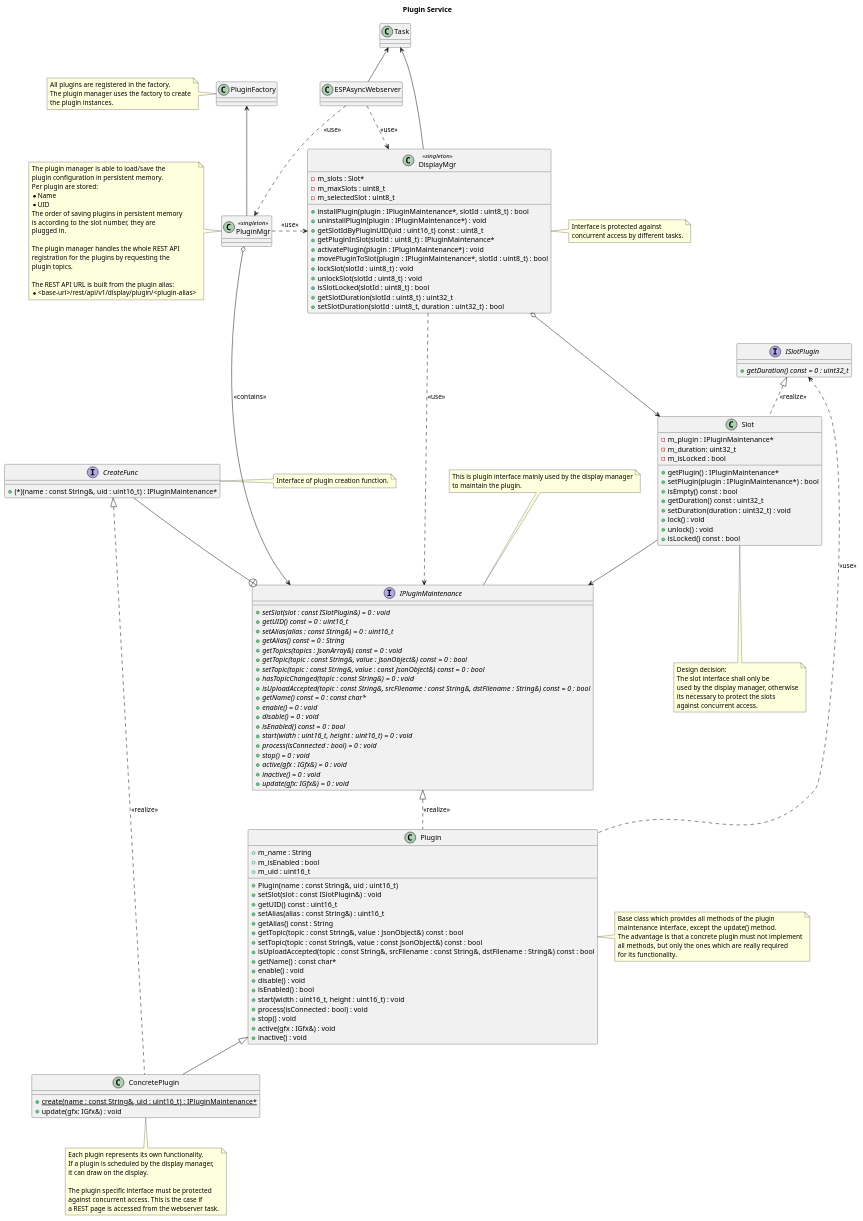
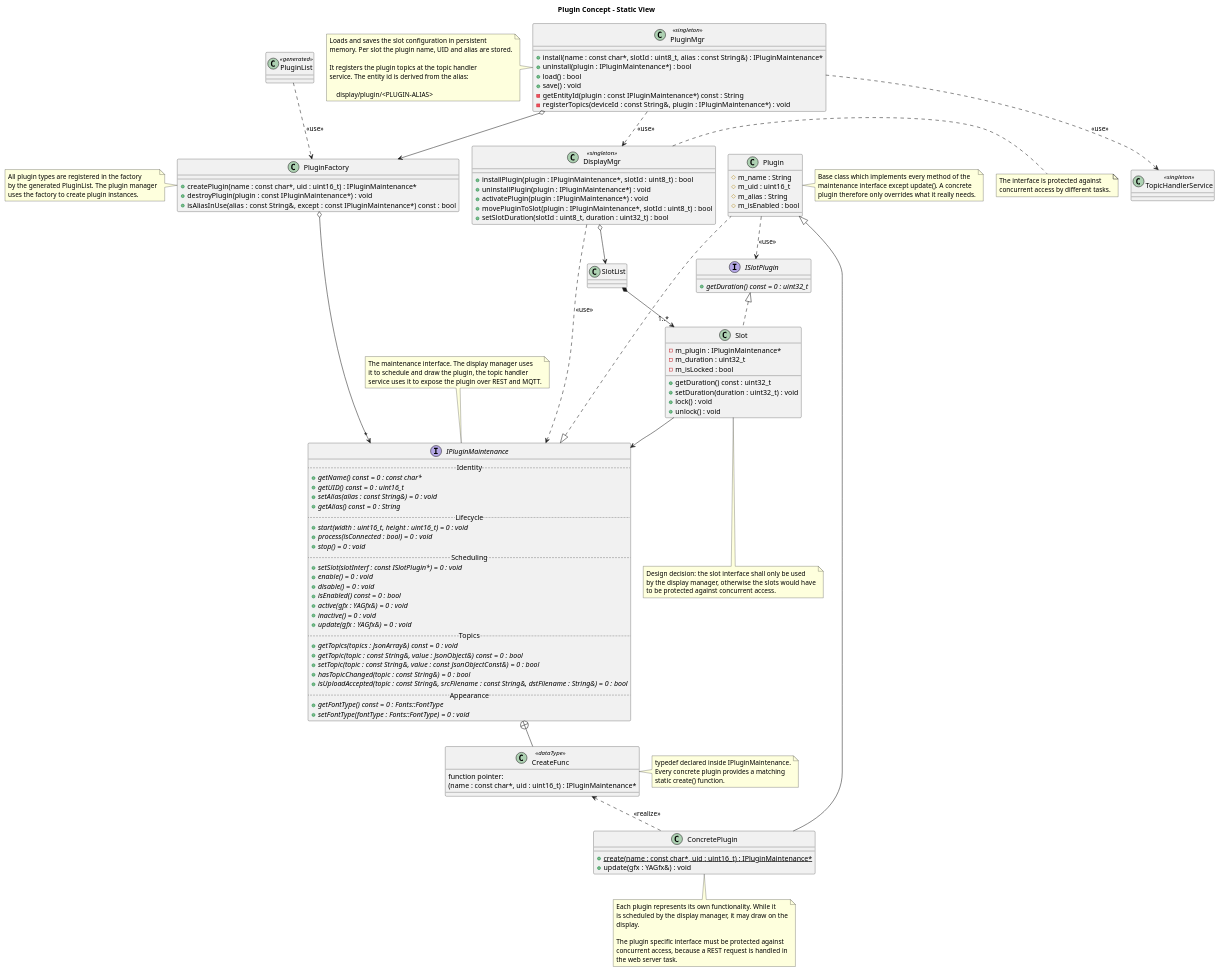
The diagram in doc/architecture/uml/plugin-service.wsd (BlueAndi/Pixelix), drawn with PlantUML before and after one commit. The commit also changed 66 other files, not shown here.

Commit message:
SW architecture updated

```diff
--- a/doc/architecture/uml/plugin-service.wsd
+++ b/doc/architecture/uml/plugin-service.wsd
@@ -1,197 +1,174 @@
 @startuml plugin-service
 
-title Plugin Service
+title Plugin Concept - Static View
+
+skinparam nodesep 25
+skinparam ranksep 50
 
 interface IPluginMaintenance {
-
-    + {abstract} setSlot(slot : const ISlotPlugin&) = 0 : void
+    .. Identity ..
+    + {abstract} getName() const = 0 : const char*
     + {abstract} getUID() const = 0 : uint16_t
-    + {abstract} setAlias(alias : const String&) = 0 : uint16_t
+    + {abstract} setAlias(alias : const String&) = 0 : void
     + {abstract} getAlias() const = 0 : String
-    + {abstract} getTopics(topics : JsonArray&) const = 0 : void
-    + {abstract} getTopic(topic : const String&, value : JsonObject&) const = 0 : bool
-    + {abstract} setTopic(topic : const String&, value : const JsonObject&) const = 0 : bool
-    + {abstract} hasTopicChanged(topic : const String&) = 0 : void
-    + {abstract} isUploadAccepted(topic : const String&, srcFilename : const String&, dstFilename : String&) const = 0 : bool
-    + {abstract} getName() const = 0 : const char*
+    .. Lifecycle ..
+    + {abstract} start(width : uint16_t, height : uint16_t) = 0 : void
+    + {abstract} process(isConnected : bool) = 0 : void
+    + {abstract} stop() = 0 : void
+    .. Scheduling ..
+    + {abstract} setSlot(slotInterf : const ISlotPlugin*) = 0 : void
     + {abstract} enable() = 0 : void
     + {abstract} disable() = 0 : void
     + {abstract} isEnabled() const = 0 : bool
-    + {abstract} start(width : uint16_t, height : uint16_t) = 0 : void
-    + {abstract} process(isConnected : bool) = 0 : void
-    + {abstract} stop() = 0 : void
-    + {abstract} active(gfx : IGfx&) = 0 : void
+    + {abstract} active(gfx : YAGfx&) = 0 : void
     + {abstract} inactive() = 0 : void
-    + {abstract} update(gfx: IGfx&) = 0 : void
+    + {abstract} update(gfx : YAGfx&) = 0 : void
+    .. Topics ..
+    + {abstract} getTopics(topics : JsonArray&) const = 0 : void
+    + {abstract} getTopic(topic : const String&, value : JsonObject&) const = 0 : bool
+    + {abstract} setTopic(topic : const String&, value : const JsonObjectConst&) = 0 : bool
+    + {abstract} hasTopicChanged(topic : const String&) = 0 : bool
+    + {abstract} isUploadAccepted(topic : const String&, srcFilename : const String&, dstFilename : String&) = 0 : bool
+    .. Appearance ..
+    + {abstract} getFontType() const = 0 : Fonts::FontType
+    + {abstract} setFontType(fontType : Fonts::FontType) = 0 : void
 }
 
 note top of IPluginMaintenance
-    This is plugin interface mainly used by the display manager
-    to maintain the plugin.
+    The maintenance interface. The display manager uses
+    it to schedule and draw the plugin, the topic handler
+    service uses it to expose the plugin over REST and MQTT.
 end note
 
-interface CreateFunc {
-    + (*)(name : const String&, uid : uint16_t) : IPluginMaintenance*
+class "CreateFunc" as createFunc <<dataType>> {
+    {field} function pointer:
+    {field} (name : const char*, uid : uint16_t) : IPluginMaintenance*
 }
 
-note right of CreateFunc
-    Interface of plugin creation function.
+note right of createFunc
+    typedef declared inside IPluginMaintenance.
+    Every concrete plugin provides a matching
+    static create() function.
 end note
 
 class Plugin {
-
-    + m_name : String
-    + m_isEnabled : bool
-    + m_uid : uint16_t
-
-    + Plugin(name : const String&, uid : uint16_t)
-    + setSlot(slot : const ISlotPlugin&) : void
-    + getUID() const : uint16_t
-    + setAlias(alias : const String&) : uint16_t
-    + getAlias() const : String
-    + getTopic(topic : const String&, value : JsonObject&) const : bool
-    + setTopic(topic : const String&, value : const JsonObject&) const : bool
-    + isUploadAccepted(topic : const String&, srcFilename : const String&, dstFilename : String&) const : bool
-    + getName() : const char*
-    + enable() : void
-    + disable() : void
-    + isEnabled() : bool
-    + start(width : uint16_t, height : uint16_t) : void
-    + process(isConnected : bool) : void
-    + stop() : void
-    + active(gfx : IGfx&) : void
-    + inactive() : void
+    # m_name : String
+    # m_uid : uint16_t
+    # m_alias : String
+    # m_isEnabled : bool
 }
 
 note right of Plugin
-    Base class which provides all methods of the plugin
-    maintenance interface, except the update() method.
-    The advantage is that a concrete plugin must not implement
-    all methods, but only the ones which are really required
-    for its functionality.
+    Base class which implements every method of the
+    maintenance interface except update(). A concrete
+    plugin therefore only overrides what it really needs.
 end note
 
 class ConcretePlugin {
-    + {static} create(name : const String&, uid : uint16_t) : IPluginMaintenance*
-    + update(gfx: IGfx&) : void
+    + {static} create(name : const char*, uid : uint16_t) : IPluginMaintenance*
+    + update(gfx : YAGfx&) : void
 }
 
 note bottom of ConcretePlugin
-    Each plugin represents its own functionality.
-    If a plugin is scheduled by the display manager,
-    it can draw on the display.
+    Each plugin represents its own functionality. While it
+    is scheduled by the display manager, it may draw on the
+    display.
 
-    The plugin specific interface must be protected
-    against concurrent access. This is the case if
-    a REST page is accessed from the webserver task.
+    The plugin specific interface must be protected against
+    concurrent access, because a REST request is handled in
+    the web server task.
 end note
 
 interface ISlotPlugin {
-
     + {abstract} getDuration() const = 0 : uint32_t
 }
 
 class Slot {
     - m_plugin : IPluginMaintenance*
-    - m_duration: uint32_t
+    - m_duration : uint32_t
     - m_isLocked : bool
-    + getPlugin() : IPluginMaintenance*
-    + setPlugin(plugin : IPluginMaintenance*) : bool
-    + isEmpty() const : bool
     + getDuration() const : uint32_t
     + setDuration(duration : uint32_t) : void
     + lock() : void
     + unlock() : void
-    + isLocked() const : bool
 }
 
 note bottom of Slot
-    Design decision:
-    The slot interface shall only be
-    used by the display manager, otherwise
-    its necessary to protect the slots
-    against concurrent access.
+    Design decision: the slot interface shall only be used
+    by the display manager, otherwise the slots would have
+    to be protected against concurrent access.
 end note
 
+class SlotList
+
 class DisplayMgr <<singleton>> {
-    - m_slots : Slot*
-    - m_maxSlots : uint8_t
-    - m_selectedSlot : uint8_t
     + installPlugin(plugin : IPluginMaintenance*, slotId : uint8_t) : bool
     + uninstallPlugin(plugin : IPluginMaintenance*) : void
-    + getSlotIdByPluginUID(uid : uint16_t) const : uint8_t
-    + getPluginInSlot(slotId : uint8_t) : IPluginMaintenance*
     + activatePlugin(plugin : IPluginMaintenance*) : void
     + movePluginToSlot(plugin : IPluginMaintenance*, slotId : uint8_t) : bool
-    + lockSlot(slotId : uint8_t) : void
-    + unlockSlot(slotId : uint8_t) : void
-    + isSlotLocked(slotId : uint8_t) : bool
-    + getSlotDuration(slotId : uint8_t) : uint32_t
     + setSlotDuration(slotId : uint8_t, duration : uint32_t) : bool
 }
 
 note right of DisplayMgr
-    Interface is protected against
+    The interface is protected against
     concurrent access by different tasks.
 end note
 
-class Task
+class PluginMgr <<singleton>> {
+    + install(name : const char*, slotId : uint8_t, alias : const String&) : IPluginMaintenance*
+    + uninstall(plugin : IPluginMaintenance*) : bool
+    + load() : bool
+    + save() : void
+    - getEntityId(plugin : const IPluginMaintenance*) const : String
+    - registerTopics(deviceId : const String&, plugin : IPluginMaintenance*) : void
+}
 
-class PluginFactory
+note left of PluginMgr
+    Loads and saves the slot configuration in persistent
+    memory. Per slot the plugin name, UID and alias are stored.
+
+    It registers the plugin topics at the topic handler
+    service. The entity id is derived from the alias:
+
+        display/plugin/<PLUGIN-ALIAS>
+end note
+
+class PluginFactory {
+    + createPlugin(name : const char*, uid : uint16_t) : IPluginMaintenance*
+    + destroyPlugin(plugin : const IPluginMaintenance*) : void
+    + isAliasInUse(alias : const String&, except : const IPluginMaintenance*) const : bool
+}
 
 note left of PluginFactory
-    All plugins are registered in the factory.
-    The plugin manager uses the factory to create
-    the plugin instances.
+    All plugin types are registered in the factory
+    by the generated PluginList. The plugin manager
+    uses the factory to create plugin instances.
 end note
 
-class PluginMgr <<singleton>>
+class "PluginList" as pluginList <<generated>>
 
-note left of PluginMgr
-    The plugin manager is able to load/save the
-    plugin configuration in persistent memory.
-    Per plugin are stored:
-    * Name
-    * UID
-    The order of saving plugins in persistent memory
-    is according to the slot number, they are
-    plugged in.
+class TopicHandlerService <<singleton>>
 
-    The plugin manager handles the whole REST API
-    registration for the plugins by requesting the
-    plugin topics.
+' --- Relationships ---
 
-    The REST API URL is built from the plugin alias:
-    * <base-uri>/rest/api/v1/display/plugin/<plugin-alias>
-end note
+IPluginMaintenance +-- createFunc
 
-class ESPAsyncWebserver
+IPluginMaintenance <|.. Plugin
+Plugin <|-- ConcretePlugin
+createFunc <.. ConcretePlugin: <<realize>>
 
-PluginFactory <-- PluginMgr
+Plugin ..> ISlotPlugin: <<use>>
+ISlotPlugin <|.. Slot
 
-CreateFunc --+ IPluginMaintenance
+DisplayMgr o--> SlotList
+SlotList *--> "1..*" Slot
+Slot --> IPluginMaintenance
+DisplayMgr ..> IPluginMaintenance: <<use>>
 
-IPluginMaintenance <|.. Plugin: <<realize>>
-ISlotPlugin <.... Plugin: <<use>>
-
-Plugin <|-- ConcretePlugin
-CreateFunc <|.... ConcretePlugin: <<realize>>
-
-ISlotPlugin <|.. Slot: <<realize>>
-
-DisplayMgr ....> IPluginMaintenance: <<use>>
-DisplayMgr o---> Slot
-
-Slot --> IPluginMaintenance
-
-Task <--- DisplayMgr
-
-PluginMgr o--> IPluginMaintenance: <<contains>>
-PluginMgr .> DisplayMgr: <<use>>
-
-Task <-- ESPAsyncWebserver
-
-ESPAsyncWebserver ..> DisplayMgr: <<use>>
-ESPAsyncWebserver ..> PluginMgr: <<use>>
+PluginMgr o--> PluginFactory
+PluginMgr ..> DisplayMgr: <<use>>
+PluginMgr ..> TopicHandlerService: <<use>>
+PluginFactory o--> "*" IPluginMaintenance
+pluginList ..> PluginFactory: <<use>>
 
 @enduml
```
